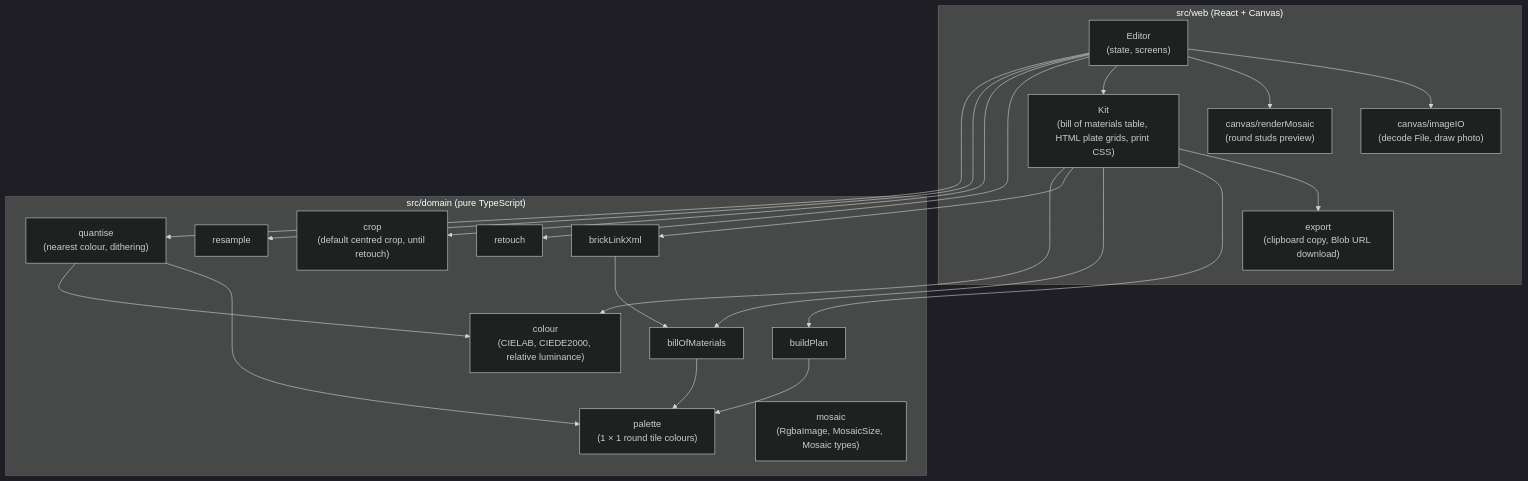
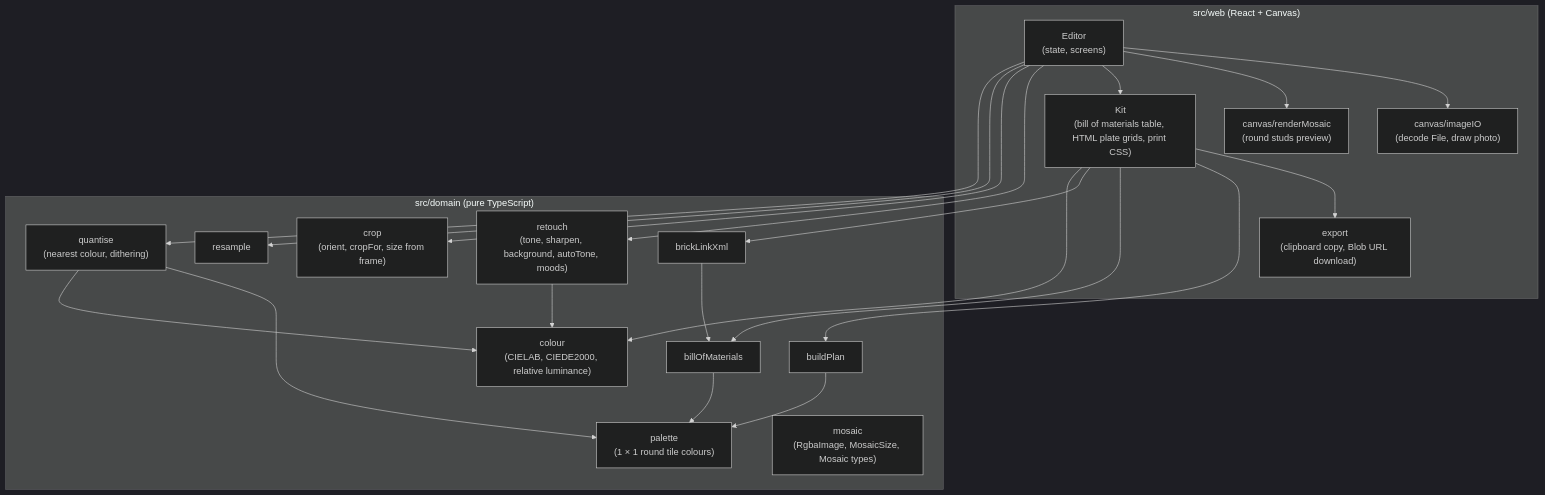
One commit to benoit-bremaud/brickpix changed the diagram in docs/architecture/diagrams/mosaic/03-component.md. Above: the diagram before and after it, drawn with Mermaid (dark theme). The commit also changed other lines of this file and 7 other files, not shown here.

Commit message:
docs(architecture): retouch study and spec

````diff
--- a/docs/architecture/diagrams/mosaic/03-component.md
+++ b/docs/architecture/diagrams/mosaic/03-component.md
@@ -10,41 +10,42 @@
 ```mermaid
 flowchart TB
     subgraph web["src/web (React + Canvas)"]
         Editor["Editor<br/>(state, screens)"]
         ImageIO["canvas/imageIO<br/>(decode File, draw photo)"]
         Render["canvas/renderMosaic<br/>(round studs preview)"]
         Kit["Kit<br/>(bill of materials table, HTML plate grids, print CSS)"]
         Export["export<br/>(clipboard copy, Blob URL download)"]
     end
 
     subgraph domain["src/domain (pure TypeScript)"]
-        Retouch["retouch"]
-        Crop["crop<br/>(default centred crop, until retouch)"]
+        Retouch["retouch<br/>(tone, sharpen, background, autoTone, moods)"]
+        Crop["crop<br/>(orient, cropFor, size from frame)"]
         Resample["resample"]
         Palette["palette<br/>(1 × 1 round tile colours)"]
         Quantise["quantise<br/>(nearest colour, dithering)"]
         Colour["colour<br/>(CIELAB, CIEDE2000, relative luminance)"]
         Mosaic["mosaic<br/>(RgbaImage, MosaicSize, Mosaic types)"]
         Plan["buildPlan"]
         Bom["billOfMaterials"]
         BrickLink["brickLinkXml"]
     end
 
     Editor --> ImageIO
     Editor --> Render
     Editor --> Kit
     Kit --> Export
     Editor --> Retouch
     Editor --> Crop
+    Retouch --> Colour
     Editor --> Resample
     Editor --> Quantise
     Kit --> Plan
     Kit --> Bom
     Kit --> BrickLink
     Kit --> Colour
     Quantise --> Palette
     Quantise --> Colour
     Bom --> Palette
     BrickLink --> Bom
     Plan --> Palette
 ```
````
